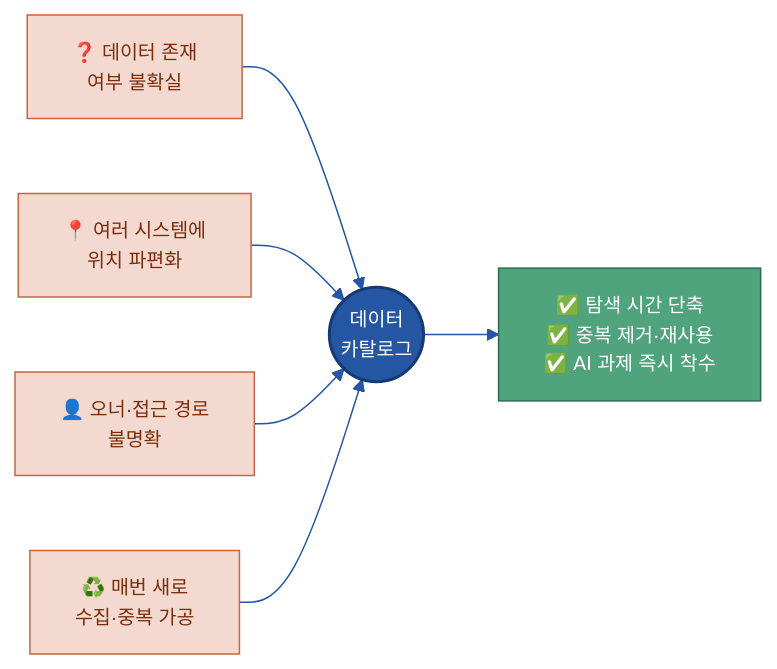
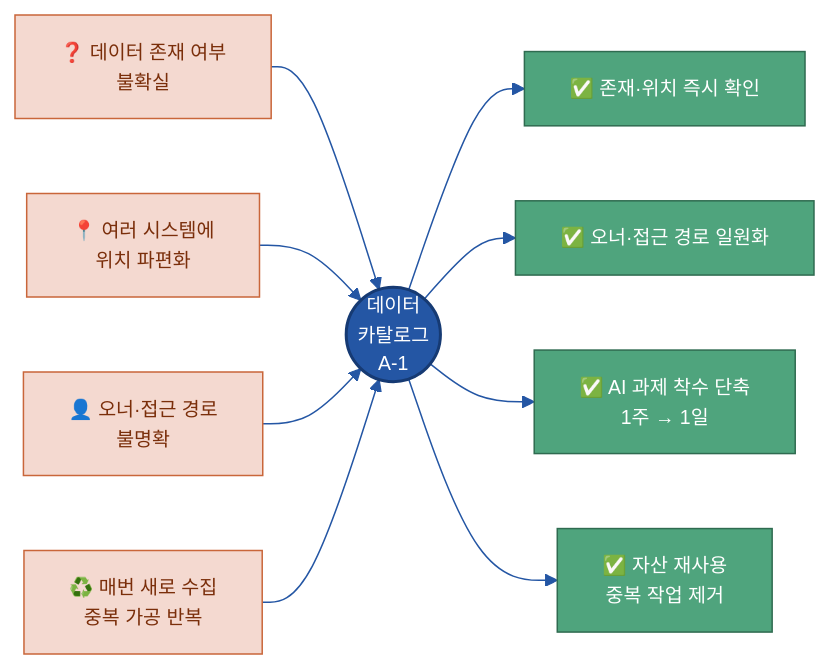
One commit to jin-kearney/ai-ready-data-manual changed the second of 16 diagrams in A-1 데이터 카탈로그.md. Above: the diagram before and after it, drawn with Mermaid. The commit also changed other lines of this file and 1 other file, not shown here.

First line of the commit message:
feat(A-1): 데이터 카탈로그 가이드 심화 (멀티 에이전트 작성 v0.2)

````diff
--- a/A-1 데이터 카탈로그.md
+++ b/A-1 데이터 카탈로그.md
@@ -70,17 +153,20 @@
 ```mermaid
 %%{init: {'theme':'base','themeVariables':{'primaryColor':'#DCE8F5','primaryBorderColor':'#2456A4','primaryTextColor':'#10243f','lineColor':'#2456A4','fontSize':'13px'}}}%%
 flowchart LR
-    P1["❓ 데이터 존재<br/>여부 불확실"]:::pain
+    P1["❓ 데이터 존재 여부<br/>불확실"]:::pain
     P2["📍 여러 시스템에<br/>위치 파편화"]:::pain
     P3["👤 오너·접근 경로<br/>불명확"]:::pain
-    P4["♻️ 매번 새로<br/>수집·중복 가공"]:::pain
-    CAT(("데이터<br/>카탈로그")):::cat
+    P4["♻️ 매번 새로 수집<br/>중복 가공 반복"]:::pain
+    CAT(("데이터<br/>카탈로그<br/>A-1")):::cat
     P1 --> CAT
     P2 --> CAT
     P3 --> CAT
     P4 --> CAT
-    CAT --> R["✅ 탐색 시간 단축<br/>✅ 중복 제거·재사용<br/>✅ AI 과제 즉시 착수"]:::loop
+    CAT --> R1["✅ 존재·위치 즉시 확인"]:::loop
+    CAT --> R2["✅ 오너·접근 경로 일원화"]:::loop
+    CAT --> R3["✅ AI 과제 착수 단축<br/>1주 → 1일"]:::loop
+    CAT --> R4["✅ 자산 재사용<br/>중복 작업 제거"]:::loop
     classDef pain fill:#F4D9D0,stroke:#C9663A,color:#7a2e0a;
     classDef cat fill:#2456A4,color:#fff,stroke:#163a73,stroke-width:2px;
     classDef loop fill:#4FA47D,stroke:#2f6b50,color:#fff;
 ```
````
